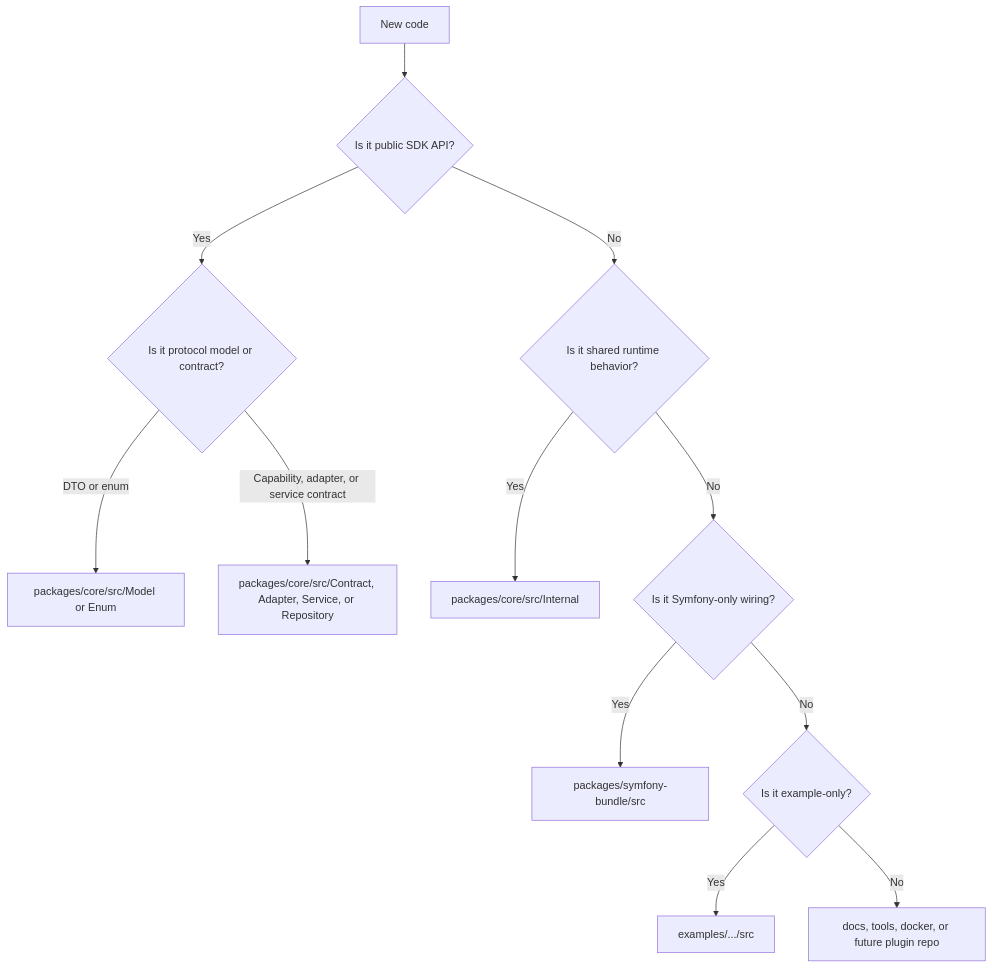
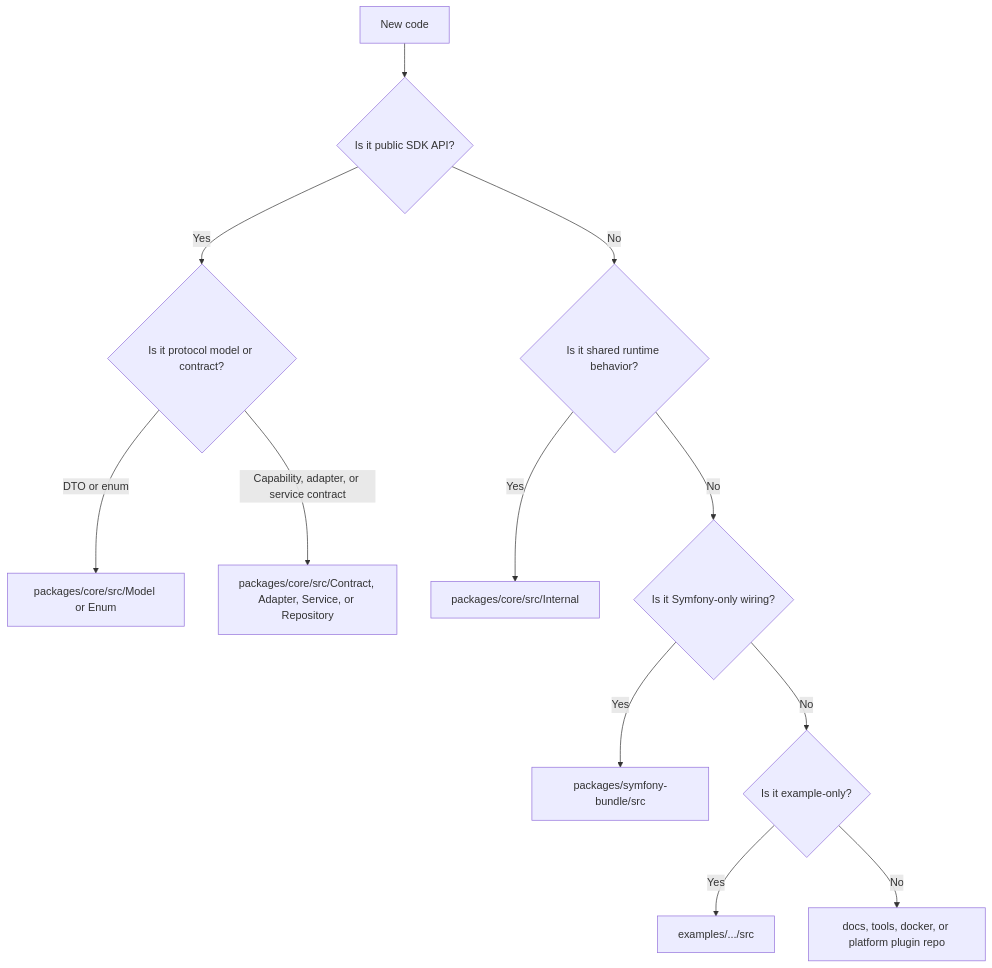
The second of 5 diagrams in docs/repo-layout.md (agentic-commerce-alliance/ucp-php-sdk), drawn with Mermaid before and after one commit. The commit also changed other lines of this file and 12 other files, not shown here.

````diff
--- a/docs/repo-layout.md
+++ b/docs/repo-layout.md
@@ -46,14 +46,14 @@
 ```mermaid
 flowchart TD
     A["New code"] --> B{"Is it public SDK API?"}
     B -- "Yes" --> C{"Is it protocol model or contract?"}
     C -- "DTO or enum" --> D["packages/core/src/Model or Enum"]
     C -- "Capability, adapter, or service contract" --> E["packages/core/src/Contract, Adapter, Service, or Repository"]
     B -- "No" --> F{"Is it shared runtime behavior?"}
     F -- "Yes" --> G["packages/core/src/Internal"]
     F -- "No" --> H{"Is it Symfony-only wiring?"}
     H -- "Yes" --> I["packages/symfony-bundle/src"]
     H -- "No" --> J{"Is it example-only?"}
     J -- "Yes" --> K["examples/.../src"]
-    J -- "No" --> L["docs, tools, docker, or future plugin repo"]
+    J -- "No" --> L["docs, tools, docker, or platform plugin repo"]
 ```
````
